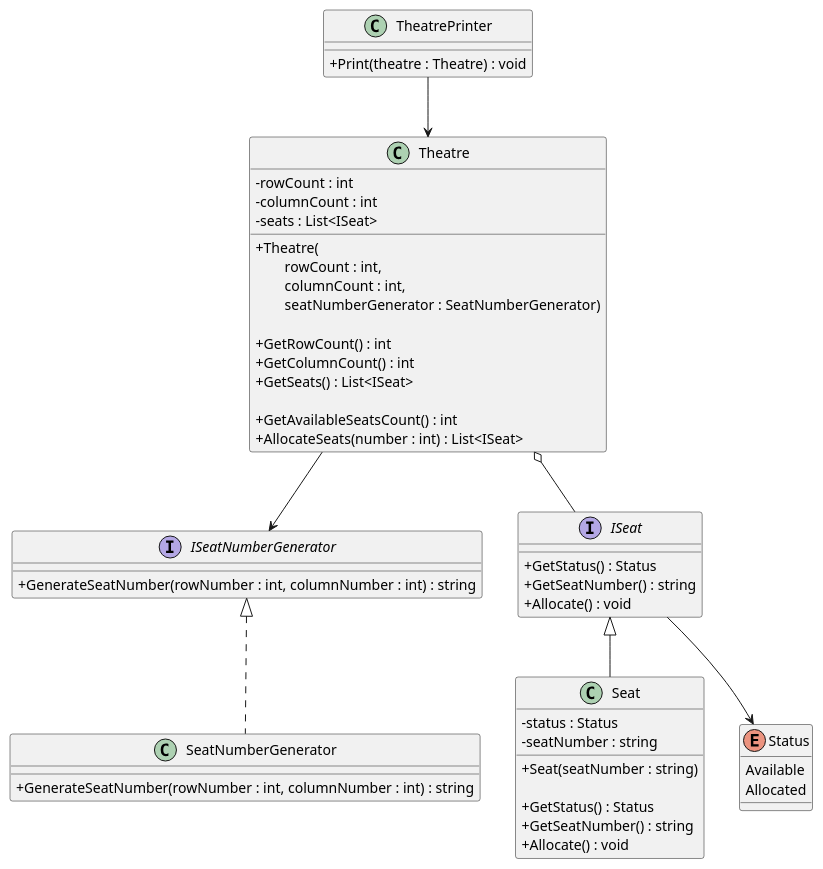
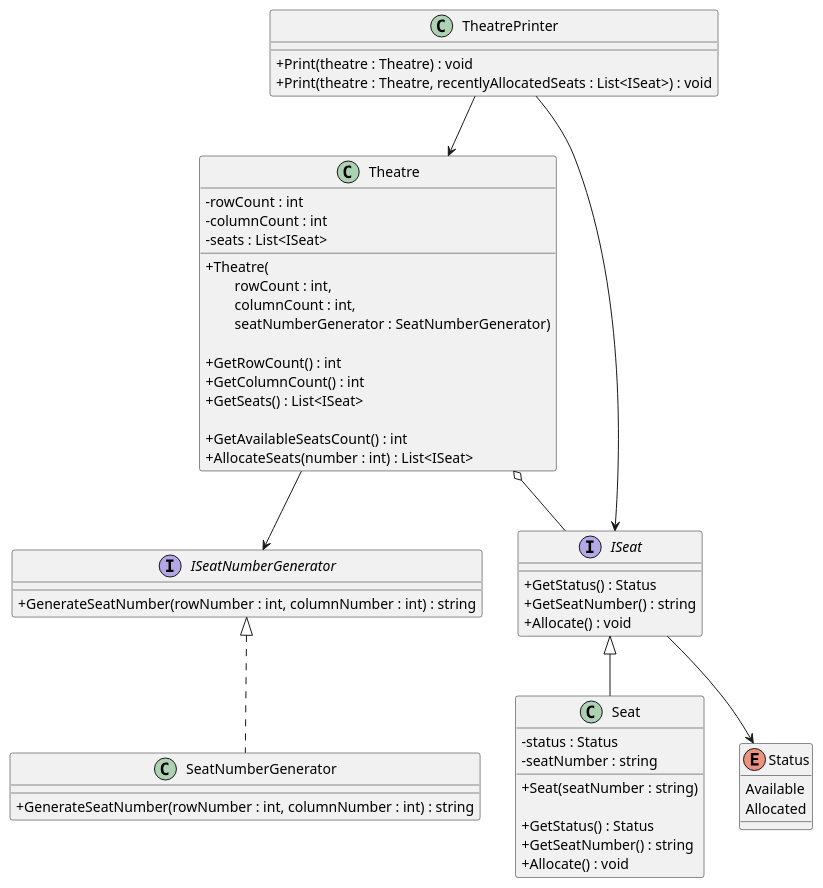
Before and after one commit to iamfranco/CinnamonCinemasChallenge: the diagram in diagrams/cinnamonCinemas.puml, drawn with PlantUML. The commit also changed 1 other file, not shown here.

Commit message:
UML: add Print method overload for highlighting recently allocated seats

```diff
--- a/diagrams/cinnamonCinemas.puml
+++ b/diagrams/cinnamonCinemas.puml
@@ -1,66 +1,69 @@
 @startuml "cinnamon cinemas"
 skinparam ClassAttributeIconSize 0
 
 class TheatrePrinter {
     + Print(theatre : Theatre) : void
+    + Print(theatre : Theatre, recentlyAllocatedSeats : List<ISeat>) : void
 }
 
 interface ISeatNumberGenerator {
     + GenerateSeatNumber(rowNumber : int, columnNumber : int) : string
 }
 
 class SeatNumberGenerator {
     + GenerateSeatNumber(rowNumber : int, columnNumber : int) : string
 }
 
 class Theatre {
     - rowCount : int
     - columnCount : int
     - seats : List<ISeat>
 
     + Theatre(\n\
         rowCount : int, \n\
         columnCount : int, \n\
         seatNumberGenerator : SeatNumberGenerator)
 
     + GetRowCount() : int
     + GetColumnCount() : int
     + GetSeats() : List<ISeat>
 
     + GetAvailableSeatsCount() : int
     + AllocateSeats(number : int) : List<ISeat>
 }
 
 interface ISeat {
     + GetStatus() : Status
     + GetSeatNumber() : string
     + Allocate() : void
 }
 
 class Seat {
     - status : Status
     - seatNumber : string
 
     + Seat(seatNumber : string)
 
     + GetStatus() : Status
     + GetSeatNumber() : string
     + Allocate() : void
 }
 
 Enum Status {
     Available
     Allocated
 }
 
 TheatrePrinter --> Theatre
+TheatrePrinter ---> ISeat
+
 Theatre o-- ISeat
 Theatre --> ISeatNumberGenerator
 
 ISeatNumberGenerator <|.. SeatNumberGenerator
 
 ISeat --> Status
 
 ISeat <|-- Seat
 
 @enduml
```
